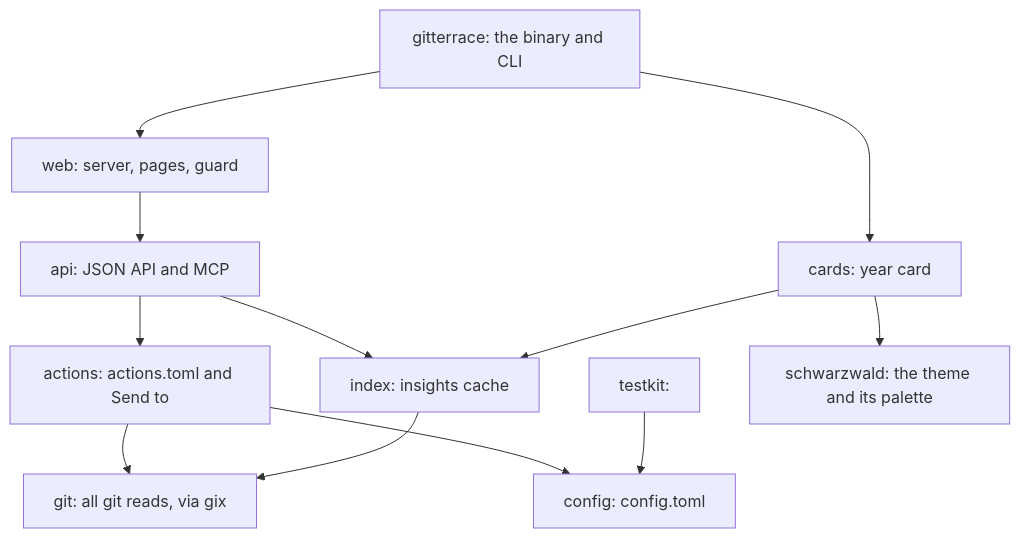
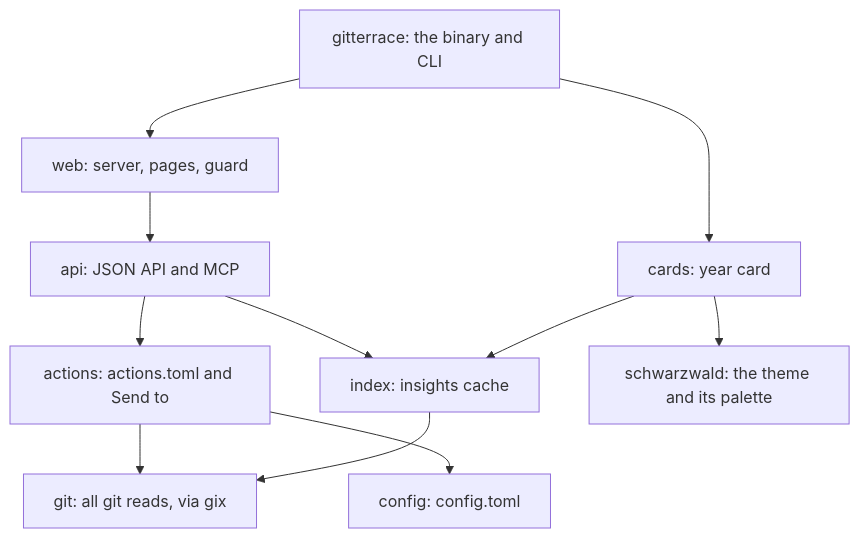
One commit to gitterrace/gitterrace changed the diagram in docs/architecture.md. Above: the diagram before and after it, drawn with Mermaid. The commit also changed other lines of this file and 12 other files, not shown here.

````diff
--- a/docs/architecture.md
+++ b/docs/architecture.md
@@ -4,24 +4,22 @@
 ```mermaid
 flowchart TD
   gitterrace["gitterrace: the binary and CLI"]
   actions["actions: actions.toml and Send to"]
   api["api: JSON API and MCP"]
   cards["cards: year card"]
   config["config: config.toml"]
   git["git: all git reads, via gix"]
   index["index: insights cache"]
-  testkit["testkit: "]
   web["web: server, pages, guard"]
   schwarzwald["schwarzwald: the theme and its palette"]
   gitterrace --> cards
   gitterrace --> web
   actions --> config
   actions --> git
   api --> actions
   api --> index
   cards --> index
   cards --> schwarzwald
   index --> git
-  testkit --> config
   web --> api
 ```
````
